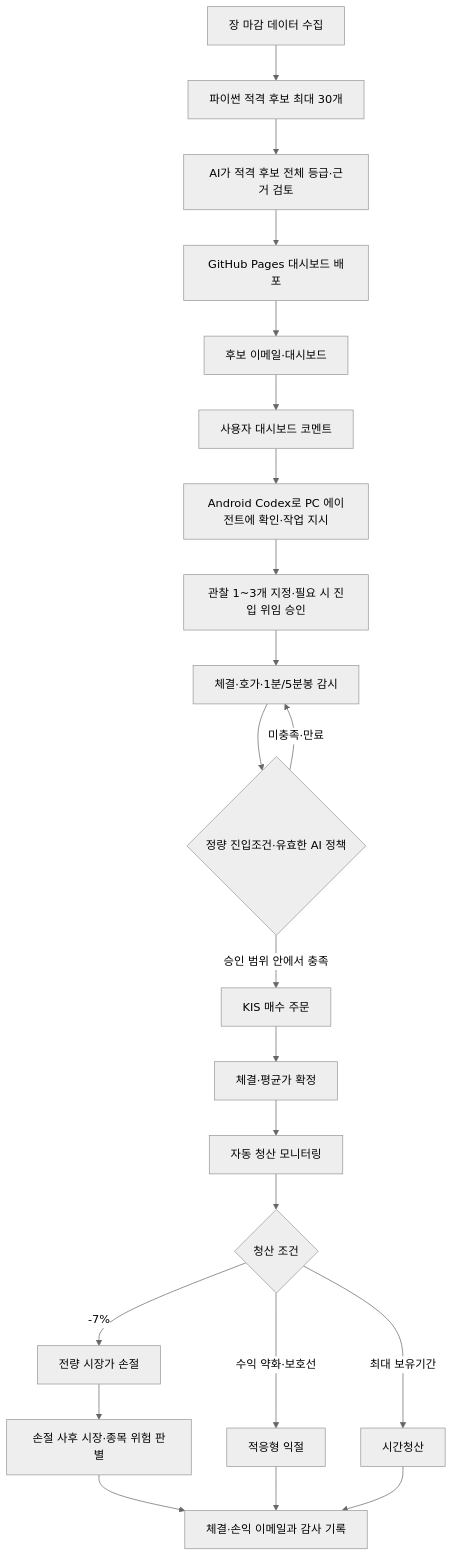
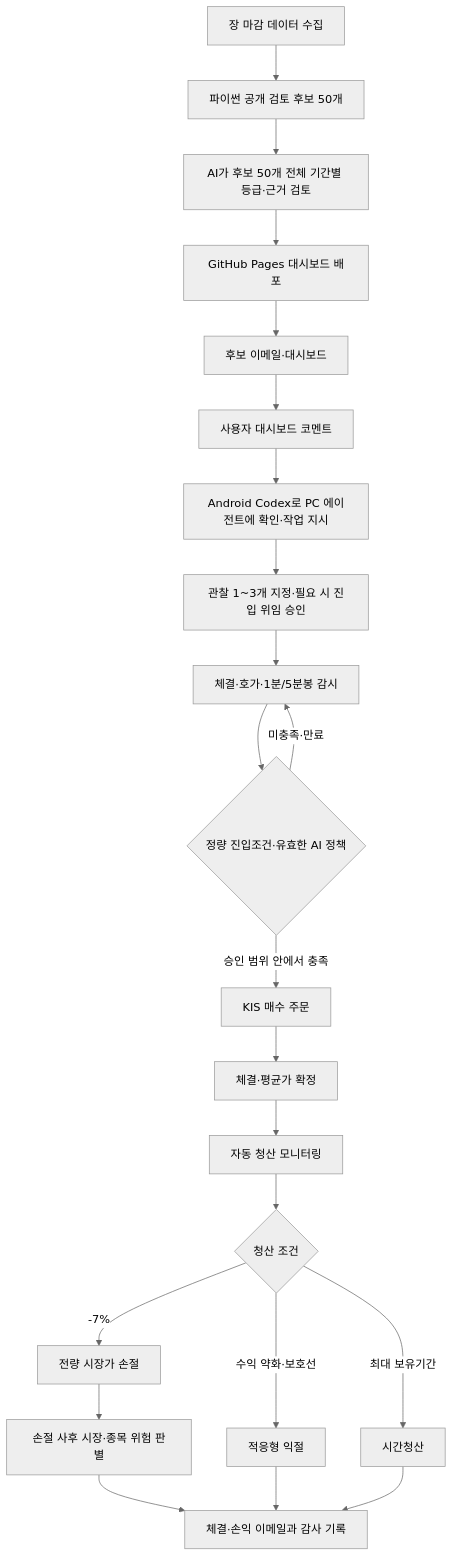
The diagram in DOCS/PRODUCT_AND_WORKFLOW.md (sungha-uu/danta), drawn with Mermaid (neutral theme) before and after one commit. The commit also changed other lines of this file and 19 other files, not shown here.

````diff
--- a/DOCS/PRODUCT_AND_WORKFLOW.md
+++ b/DOCS/PRODUCT_AND_WORKFLOW.md
@@ -32,24 +32,24 @@
 ```mermaid
 flowchart TD
-    A["장 마감 데이터 수집"] --> B["파이썬 적격 후보 최대 30개"]
-    B --> C["AI가 적격 후보 전체 등급·근거 검토"]
+    A["장 마감 데이터 수집"] --> B["파이썬 공개 검토 후보 50개"]
+    B --> C["AI가 후보 50개 전체 기간별 등급·근거 검토"]
     C --> D["GitHub Pages 대시보드 배포"]
     D --> E["후보 이메일·대시보드"]
     E --> F["사용자 대시보드 코멘트"]
     F --> G["Android Codex로 PC 에이전트에 확인·작업 지시"]
     G --> S["관찰 1~3개 지정·필요 시 진입 위임 승인"]
     S --> H["체결·호가·1분/5분봉 감시"]
     H --> I{"정량 진입조건·유효한 AI 정책"}
     I -- "미충족·만료" --> H
     I -- "승인 범위 안에서 충족" --> J["KIS 매수 주문"]
     J --> K["체결·평균가 확정"]
     K --> L["자동 청산 모니터링"]
     L --> M{"청산 조건"}
     M -- "-7%" --> N["전량 시장가 손절"]
     M -- "수익 약화·보호선" --> O["적응형 익절"]
     M -- "최대 보유기간" --> P["시간청산"]
     N --> R["손절 사후 시장·종목 위험 판별"]
     R --> Q["체결·손익 이메일과 감사 기록"]
     O --> Q
     P --> Q
 ```
````
